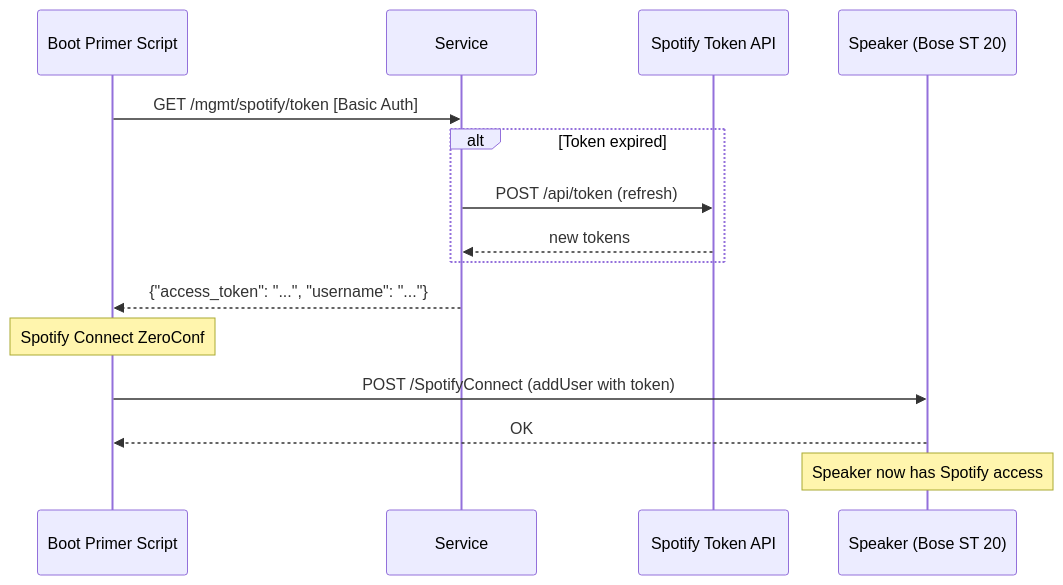
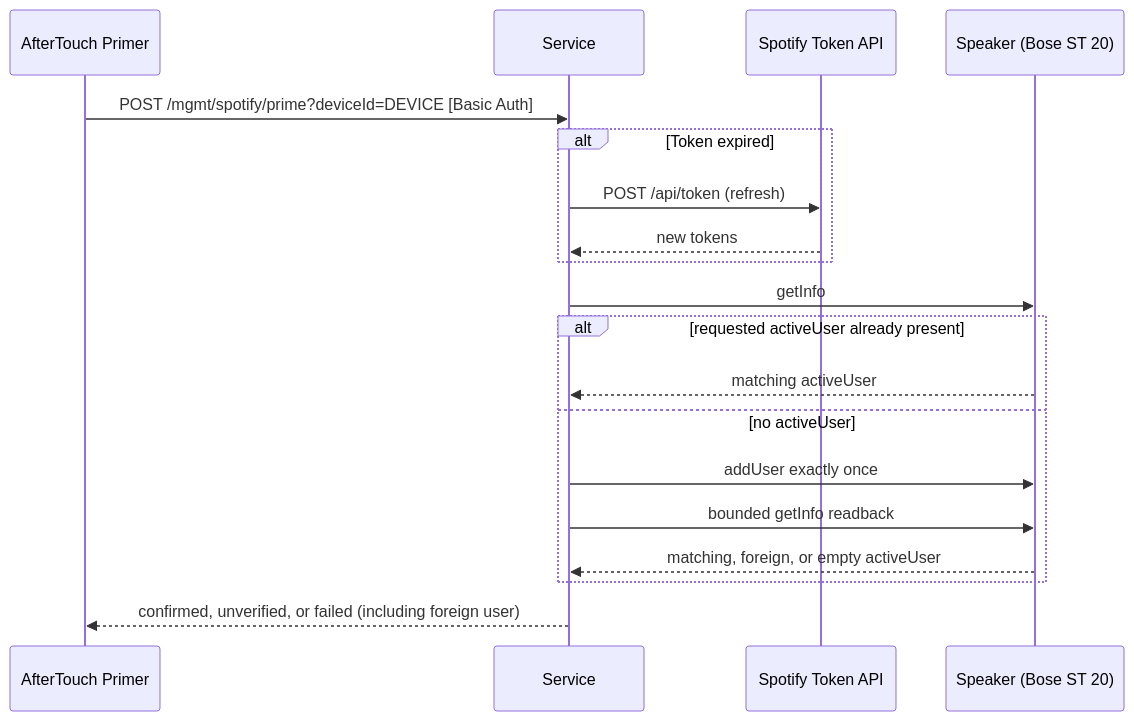
The second of 2 diagrams in docs/content/docs/concepts/spotify-oauth.md (Mr-Tao/Bose-SoundTouch), drawn with Mermaid before and after one commit. The commit also changed other lines of this file and 36 other files, not shown here.

````diff
--- a/docs/content/docs/concepts/spotify-oauth.md
+++ b/docs/content/docs/concepts/spotify-oauth.md
@@ -78,21 +66,24 @@
 ```mermaid
 sequenceDiagram
-    participant Primer as Boot Primer Script
+    participant Primer as AfterTouch Primer
     participant Service as Service
     participant Spotify as Spotify Token API
     participant Speaker as Speaker (Bose ST 20)
 
-    Primer->>Service: GET /mgmt/spotify/token [Basic Auth]
+    Primer->>Service: POST /mgmt/spotify/prime?deviceId=DEVICE [Basic Auth]
     
     alt Token expired
         Service->>Spotify: POST /api/token (refresh)
         Spotify-->>Service: new tokens
     end
     
-    Service-->>Primer: {"access_token": "...", "username": "..."}
-    
-    Note over Primer: Spotify Connect ZeroConf
-    Primer->>Speaker: POST /SpotifyConnect (addUser with token)
-    Speaker-->>Primer: OK
-    Note over Speaker: Speaker now has Spotify access
+    Service->>Speaker: getInfo
+    alt requested activeUser already present
+        Speaker-->>Service: matching activeUser
+    else no activeUser
+        Service->>Speaker: addUser exactly once
+        Service->>Speaker: bounded getInfo readback
+        Speaker-->>Service: matching, foreign, or empty activeUser
+    end
+    Service-->>Primer: confirmed, unverified, or failed (including foreign user)
 ```
````
